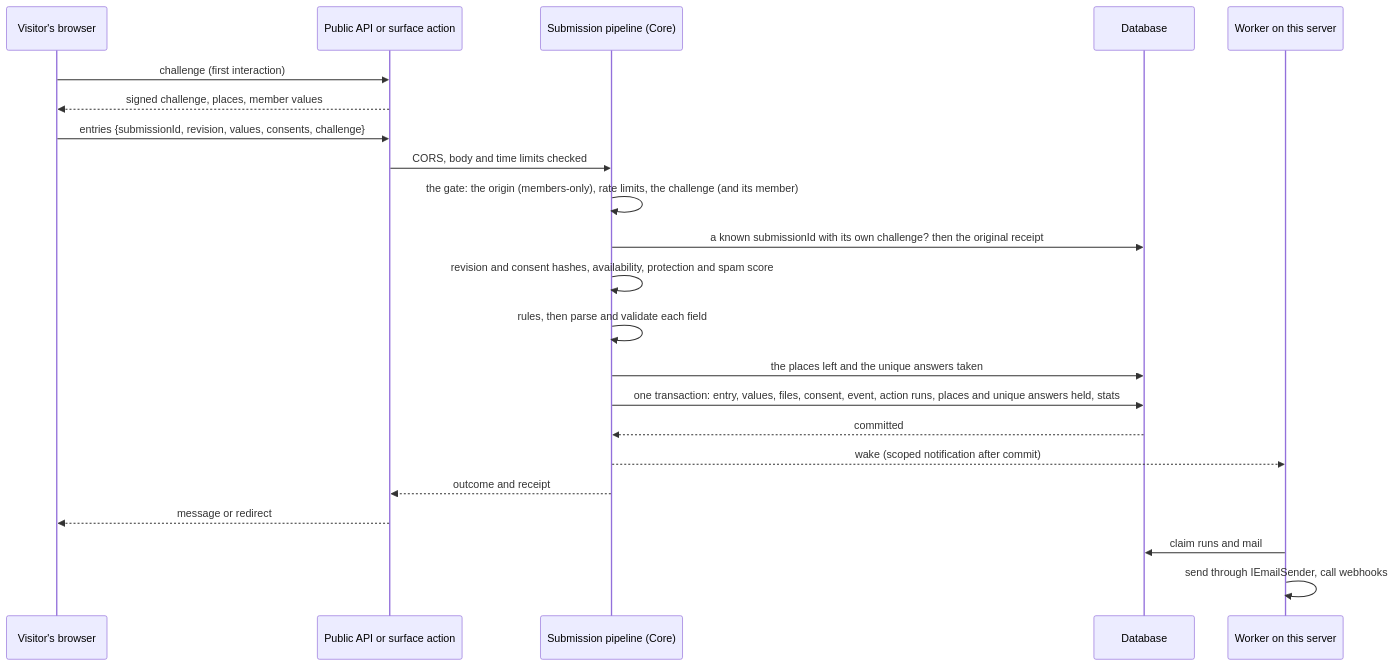
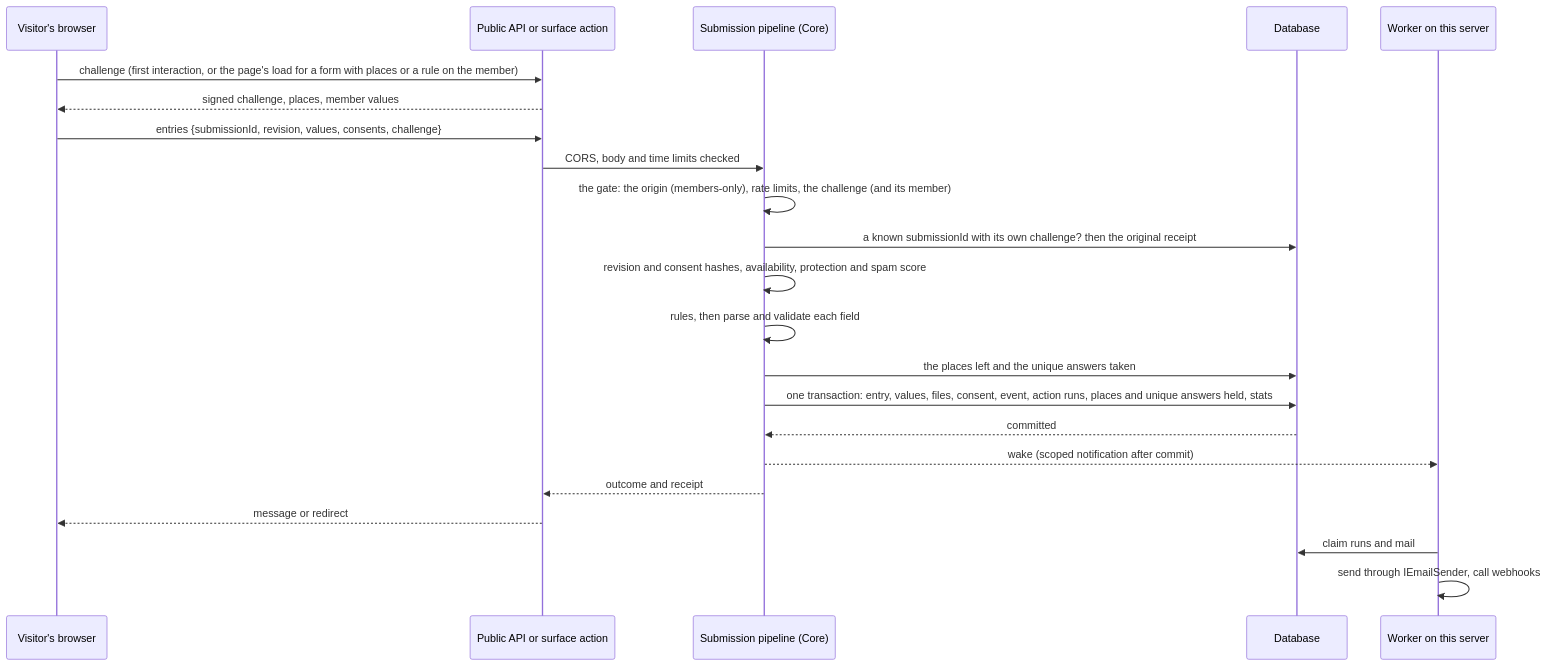
The fourth of 4 diagrams in docs/architecture.md (Jiron/Jiron.Umbraco.FormBuilder), drawn with Mermaid before and after one commit. The commit also changed other lines of this file and 30 other files, not shown here.

First line of the commit message:
feat(runtime): show the places left and decide for the member

````diff
--- a/docs/architecture.md
+++ b/docs/architecture.md
@@ -424,24 +424,24 @@
 ```mermaid
 sequenceDiagram
   participant V as Visitor's browser
   participant P as Public API or surface action
   participant S as Submission pipeline (Core)
   participant D as Database
   participant W as Worker on this server
-  V->>P: challenge (first interaction)
+  V->>P: challenge (first interaction, or the page's load for a form with places or a rule on the member)
   P-->>V: signed challenge, places, member values
   V->>P: entries {submissionId, revision, values, consents, challenge}
   P->>S: CORS, body and time limits checked
   S->>S: the gate: the origin (members-only), rate limits, the challenge (and its member)
   S->>D: a known submissionId with its own challenge? then the original receipt
   S->>S: revision and consent hashes, availability, protection and spam score
   S->>S: rules, then parse and validate each field
   S->>D: the places left and the unique answers taken
   S->>D: one transaction: entry, values, files, consent, event, action runs, places and unique answers held, stats
   D-->>S: committed
   S-->>W: wake (scoped notification after commit)
   S-->>P: outcome and receipt
   P-->>V: message or redirect
   W->>D: claim runs and mail
   W->>W: send through IEmailSender, call webhooks
 ```
````
